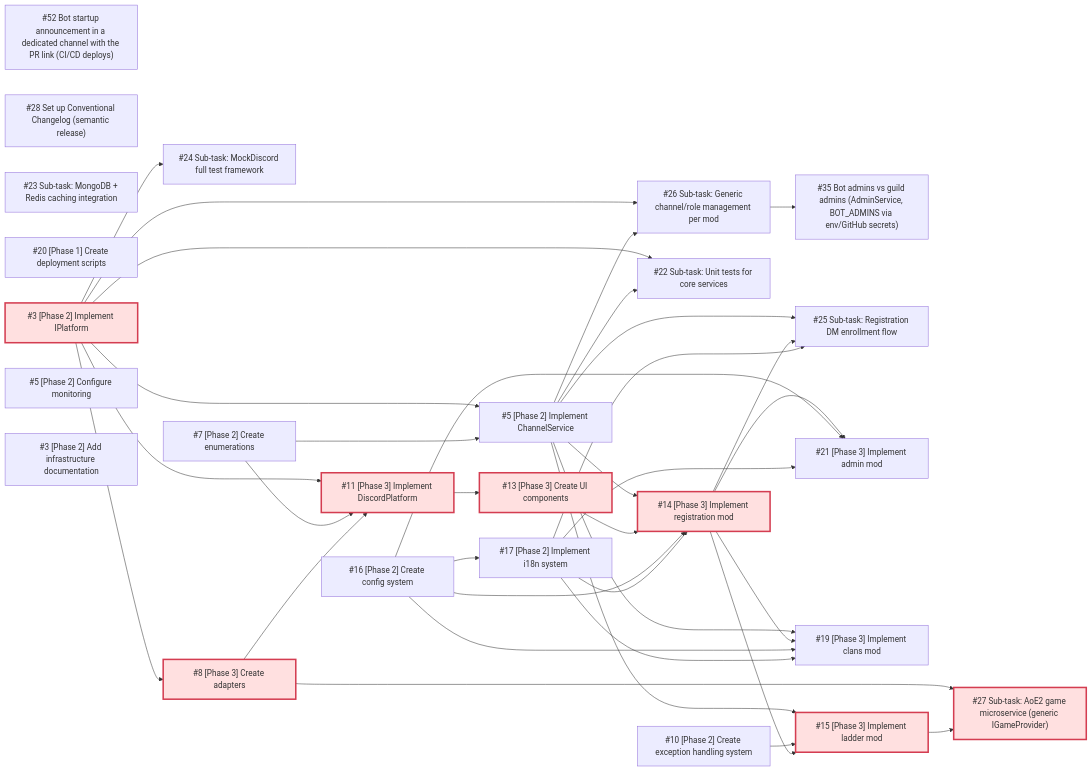
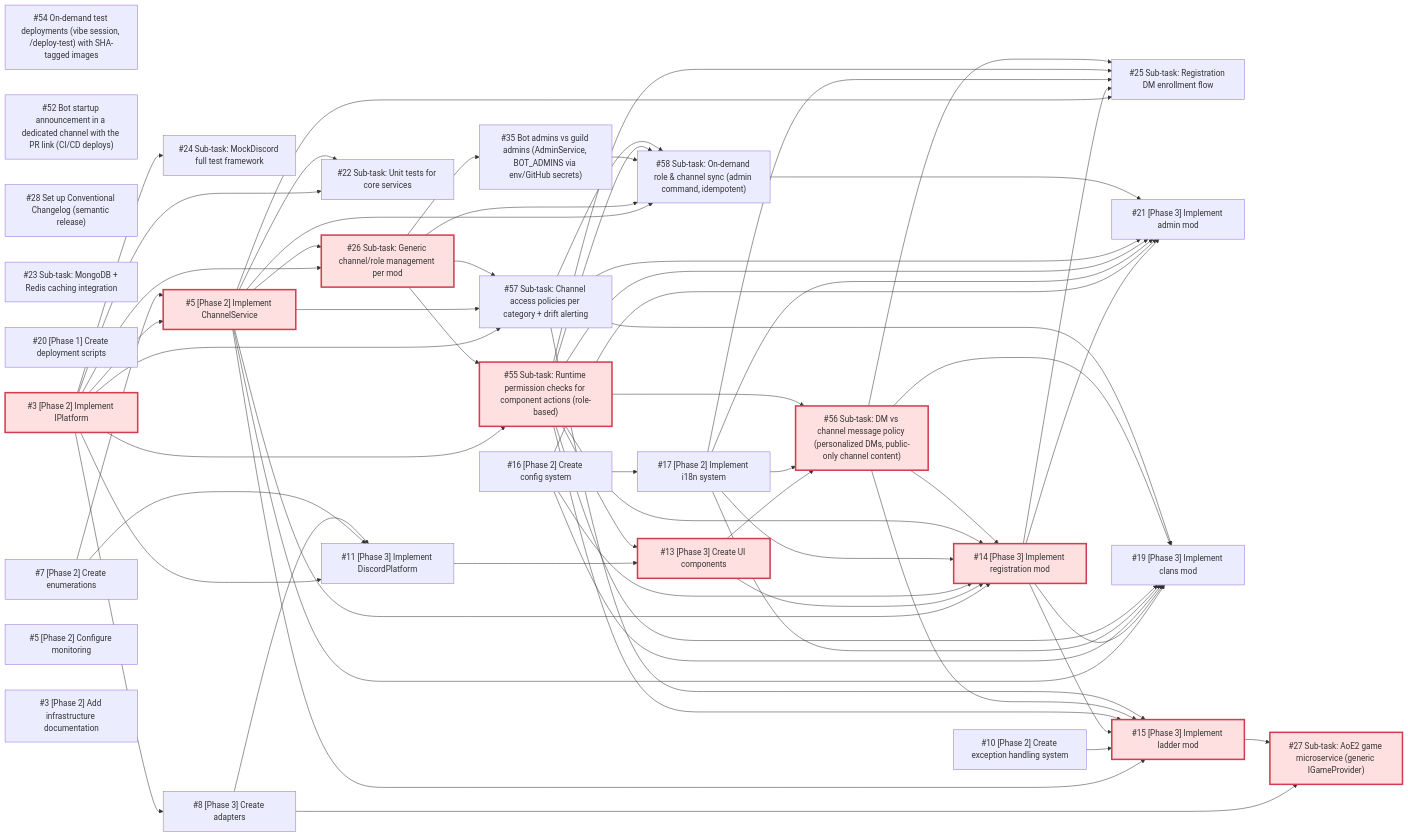
Before and after one commit to merlin-pinpin-org/kingdoms: the diagram in docs/DEPENDENCIES.md, drawn with Mermaid. The commit also changed other lines of this file and 6 other files, not shown here.

````diff
--- a/docs/DEPENDENCIES.md
+++ b/docs/DEPENDENCIES.md
@@ -28,5 +28,10 @@
 ```mermaid
 flowchart LR
+    ks_58["#58 Sub-task: On-demand role & channel sync (admin command, idempotent)"]
+    ks_57["#57 Sub-task: Channel access policies per category + drift alerting"]
+    ks_56["#56 Sub-task: DM vs channel message policy (personalized DMs, public-only channel content)"]
+    ks_55["#55 Sub-task: Runtime permission checks for component actions (role-based)"]
+    ks_54["#54 On-demand test deployments (vibe session, /deploy-test) with SHA-tagged images"]
     ks_52["#52 Bot startup announcement in a dedicated channel with the PR link (CI/CD deploys)"]
     ks_35["#35 Bot admins vs guild admins (AdminService, BOT_ADMINS via env/GitHub secrets)"]
     ks_28["#28 Set up Conventional Changelog (semantic release)"]
@@ -52,6 +57,19 @@
     ks_3["#3 [Phase 2] Implement IPlatform"]
     ki_5["#5 [Phase 2] Configure monitoring"]
     ki_3["#3 [Phase 2] Add infrastructure documentation"]
+    ks_5 --> ks_58
+    ks_26 --> ks_58
+    ks_35 --> ks_58
+    ks_55 --> ks_58
+    ks_57 --> ks_58
+    ks_3 --> ks_57
+    ks_5 --> ks_57
+    ks_26 --> ks_57
+    ks_13 --> ks_56
+    ks_17 --> ks_56
+    ks_55 --> ks_56
+    ks_3 --> ks_55
+    ks_26 --> ks_55
     ks_26 --> ks_35
     ks_8 --> ks_27
     ks_15 --> ks_27
@@ -60,25 +78,39 @@
     ks_5 --> ks_25
     ks_14 --> ks_25
     ks_17 --> ks_25
+    ks_55 --> ks_25
+    ks_56 --> ks_25
     ks_3 --> ks_24
     ks_3 --> ks_22
     ks_5 --> ks_22
     ks_14 --> ks_21
     ks_16 --> ks_21
     ks_17 --> ks_21
+    ks_55 --> ks_21
+    ks_57 --> ks_21
+    ks_58 --> ks_21
     ks_5 --> ks_19
     ks_14 --> ks_19
     ks_16 --> ks_19
     ks_17 --> ks_19
+    ks_55 --> ks_19
+    ks_56 --> ks_19
+    ks_57 --> ks_19
     ks_16 --> ks_17
     ks_5 --> ks_15
     ks_10 --> ks_15
     ks_14 --> ks_15
+    ks_55 --> ks_15
+    ks_56 --> ks_15
+    ks_57 --> ks_15
     ks_5 --> ks_14
     ks_13 --> ks_14
     ks_16 --> ks_14
     ks_17 --> ks_14
+    ks_55 --> ks_14
+    ks_56 --> ks_14
     ks_11 --> ks_13
+    ks_55 --> ks_13
     ks_3 --> ks_11
     ks_7 --> ks_11
     ks_8 --> ks_11
@@ -86,5 +118,5 @@
     ks_3 --> ks_5
     ks_7 --> ks_5
     classDef critical fill:#ffe0e0,stroke:#d43d51,stroke-width:3px;
-    class ks_3,ks_8,ks_11,ks_13,ks_14,ks_15,ks_27 critical
+    class ks_3,ks_5,ks_26,ks_55,ks_13,ks_56,ks_14,ks_15,ks_27 critical
 ```
````
